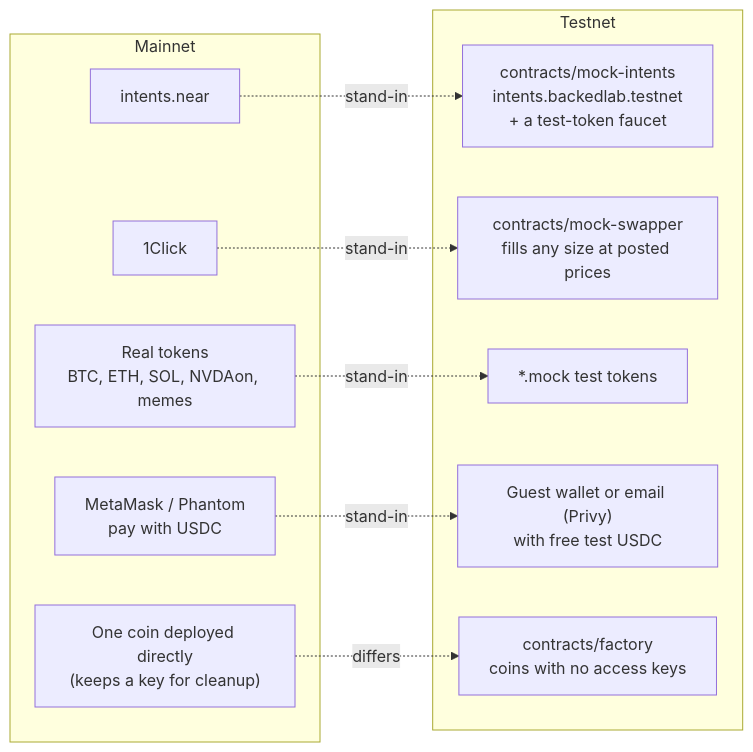
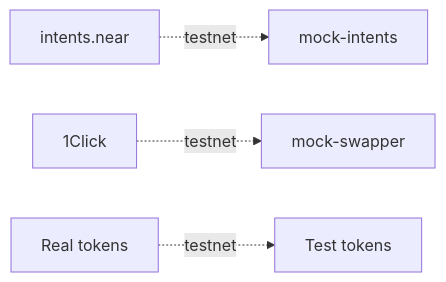
Before and after one commit to LeoFranklin015/BasketCase: the fourth of 4 diagrams in ARCHITECTURE.md, drawn with Mermaid. The commit also changed other lines of this file, not shown here.

Commit message:
ARCHITECTURE.md: simpler diagrams (a few boxes each)

````diff
--- a/ARCHITECTURE.md
+++ b/ARCHITECTURE.md
@@ -118,22 +63,6 @@
 ```mermaid
 flowchart LR
-  subgraph Mainnet
-    A["intents.near"]
-    B["1Click"]
-    C["Real tokens<br/>BTC, ETH, SOL, NVDAon, memes"]
-    D["MetaMask / Phantom<br/>pay with USDC"]
-    E["One coin deployed directly<br/>(keeps a key for cleanup)"]
-  end
-  subgraph Testnet
-    A2["contracts/mock-intents<br/>intents.backedlab.testnet<br/>+ a test-token faucet"]
-    B2["contracts/mock-swapper<br/>fills any size at posted prices"]
-    C2["*.mock test tokens"]
-    D2["Guest wallet or email (Privy)<br/>with free test USDC"]
-    E2["contracts/factory<br/>coins with no access keys"]
-  end
-  A -. "stand-in" .-> A2
-  B -. "stand-in" .-> B2
-  C -. "stand-in" .-> C2
-  D -. "stand-in" .-> D2
-  E -. "differs" .-> E2
+  A["intents.near"] -. testnet .-> A2["mock-intents"]
+  B["1Click"] -. testnet .-> B2["mock-swapper"]
+  C["Real tokens"] -. testnet .-> C2["Test tokens"]
 ```
````
